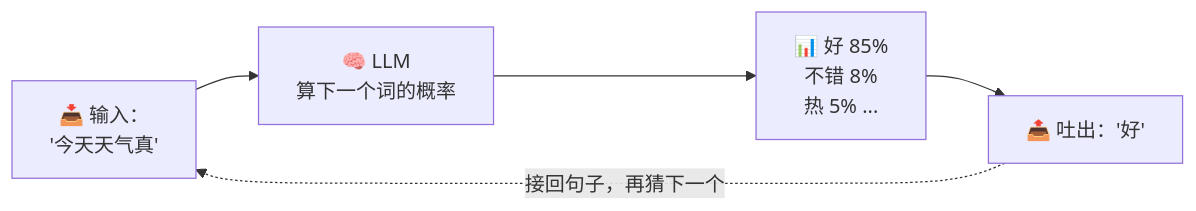
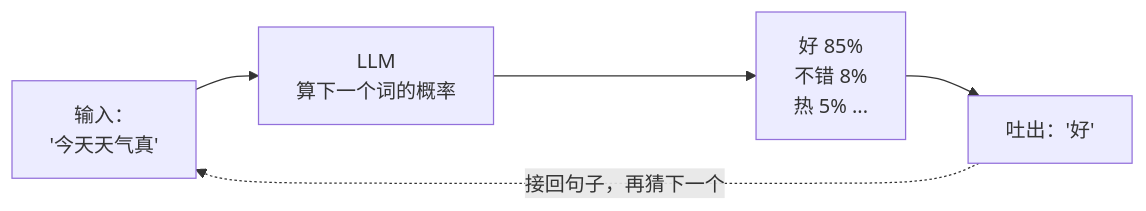
Before and after one commit to luckykhy/KhyAiHub: the first of 7 diagrams in docs/02_CONCEPTS_概念入门/CONCEPT/[CONCEPT-06] 什么是LLM-大语言模型.md, drawn with Mermaid. The commit also changed other lines of this file and 19 other files, not shown here.

````diff
--- a/docs/02_CONCEPTS_概念入门/CONCEPT/[CONCEPT-06] 什么是LLM-大语言模型.md
+++ b/docs/02_CONCEPTS_概念入门/CONCEPT/[CONCEPT-06] 什么是LLM-大语言模型.md
@@ -38,7 +38,7 @@
 ```mermaid
 flowchart LR
-  A["📥 输入：<br/>'今天天气真'"] --> M["🧠 LLM<br/>算下一个词的概率"]
-  M --> P["📊 好 85%<br/>不错 8%<br/>热 5% ..."]
-  P --> O["📤 吐出：'好'"]
+  A["输入：<br/>'今天天气真'"] --> M["LLM<br/>算下一个词的概率"]
+  M --> P["好 85%<br/>不错 8%<br/>热 5% ..."]
+  P --> O["吐出：'好'"]
   O -. "接回句子，再猜下一个" .-> A
 ```
````
